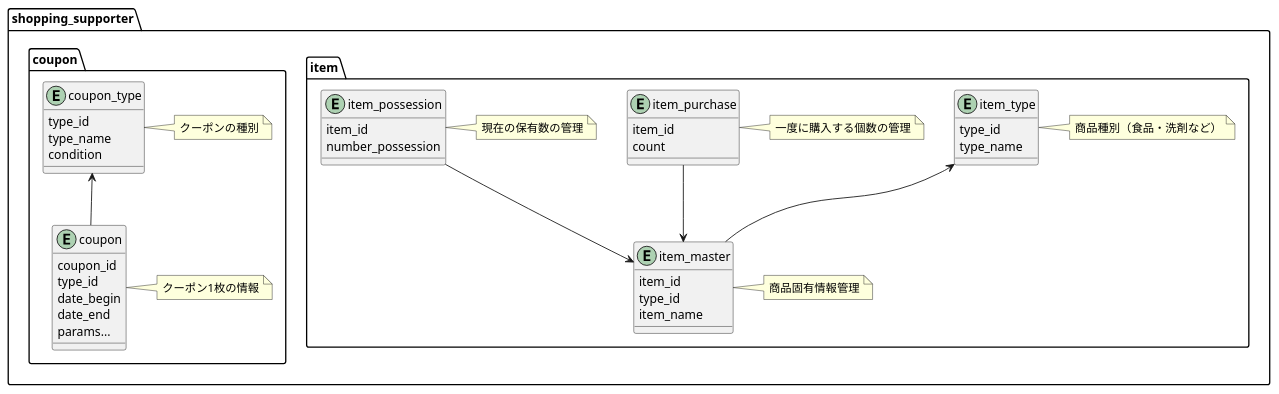
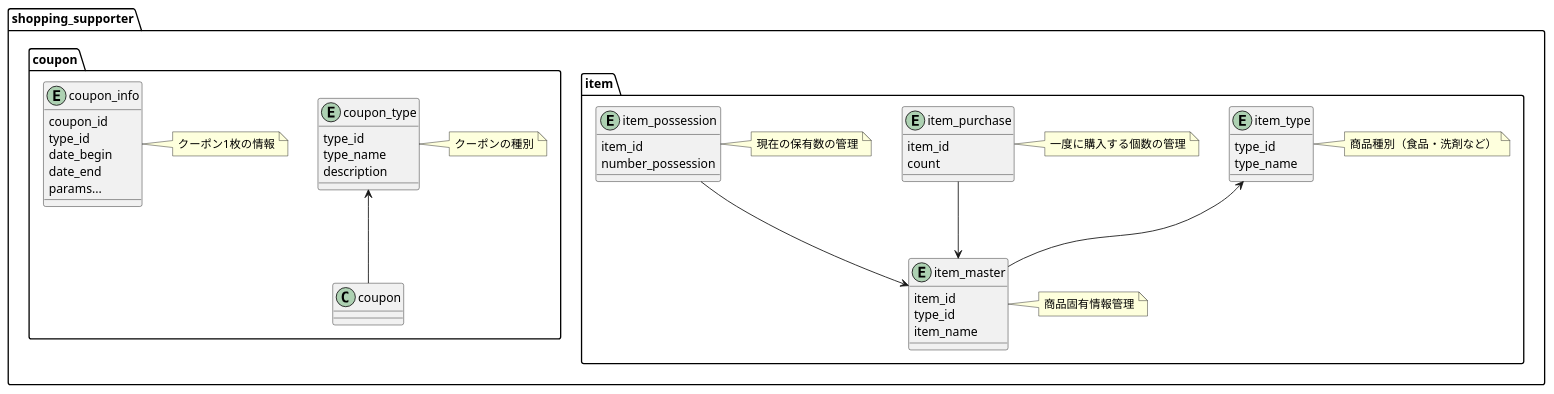
Before and after one commit to j-sato-t/LifeSupporter: the diagram in databases/tableSet.md, drawn with PlantUML. The commit also changed 1 other file, not shown here.

Commit message:
[edit] クーポン用テーブル定義を追加

```diff
--- a/databases/tableSet.md
+++ b/databases/tableSet.md
@@ -1,53 +1,53 @@
 @startuml
 package shopping_supporter {
 	package item{
 		entity item_master {
 			item_id
 			type_id
 			item_name
 		}
 		note right:商品固有情報管理
 
 		entity item_type {
 			type_id
 			type_name
 		}
 		note right:商品種別（食品・洗剤など）
 
 		entity item_purchase {
 			item_id
 			count
 		}
 		note right:一度に購入する個数の管理
 
 		entity item_possession {
 			item_id
 			number_possession
 		}
 		note right:現在の保有数の管理
 
 		item_master <-up- item_purchase
 		item_master <-up- item_possession
 		item_master -up-> item_type
 	}
 
 	package coupon {
 		entity coupon_type {
 			type_id
 			type_name
-			condition
+			description
 		}
 		note right:クーポンの種別
 
-		entity coupon {
+		entity coupon_info {
 			coupon_id
 			type_id
 			date_begin
 			date_end
 			params...
 		}
 		note right:クーポン1枚の情報
 		coupon -up-> coupon_type
 	}
 }
 @enduml
```
